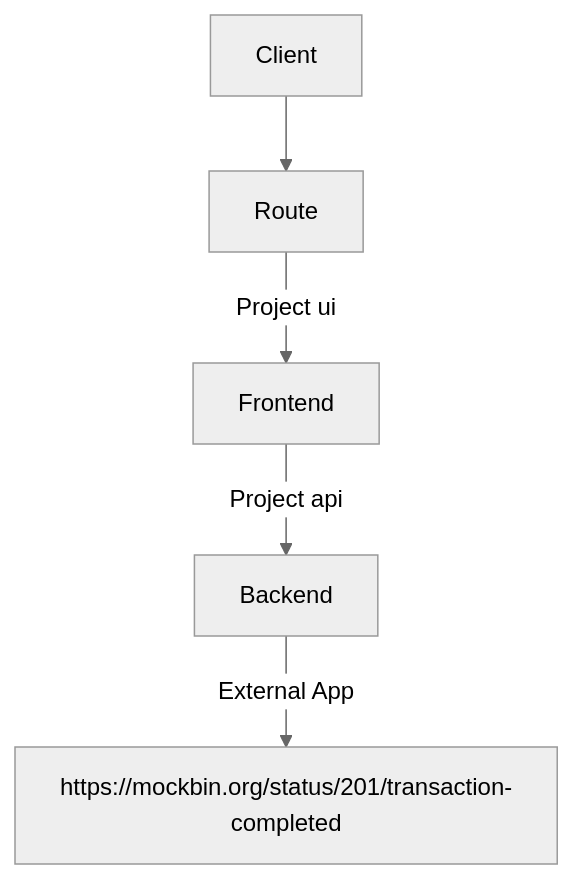
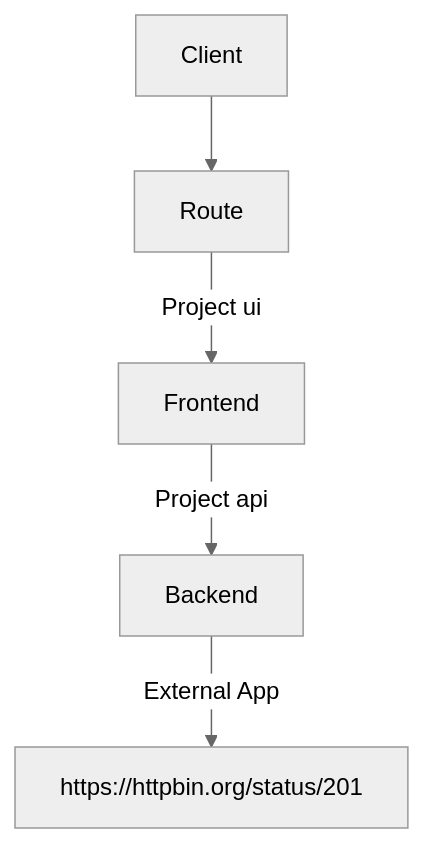
One commit to rhthsa/openshift-demo changed the diagram in loki.md. Above: the diagram before and after it, drawn with Mermaid (neutral theme). The commit also changed other lines of this file, not shown here.

````diff
--- a/loki.md
+++ b/loki.md
@@ -118,8 +132,8 @@
   ```mermaid
   graph TD;
     Client--> Route
     Route-->|Project ui|Frontend;
     Frontend--> |Project api|Backend;
-    Backend-->|External App|https://mockbin.org/status/201/transaction-completed
+    Backend-->|External App|https://httpbin.org/status/201
    
   ```
````
